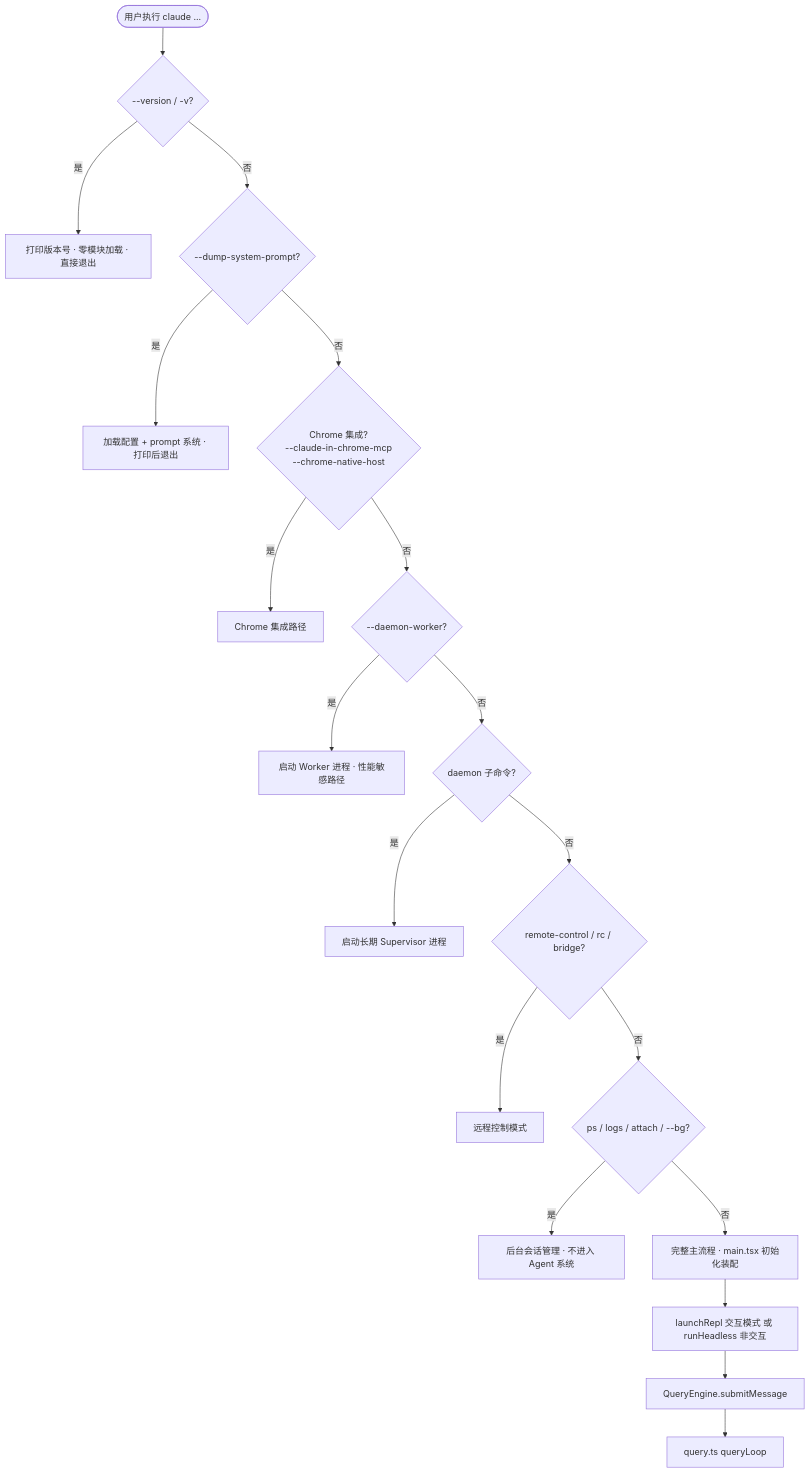
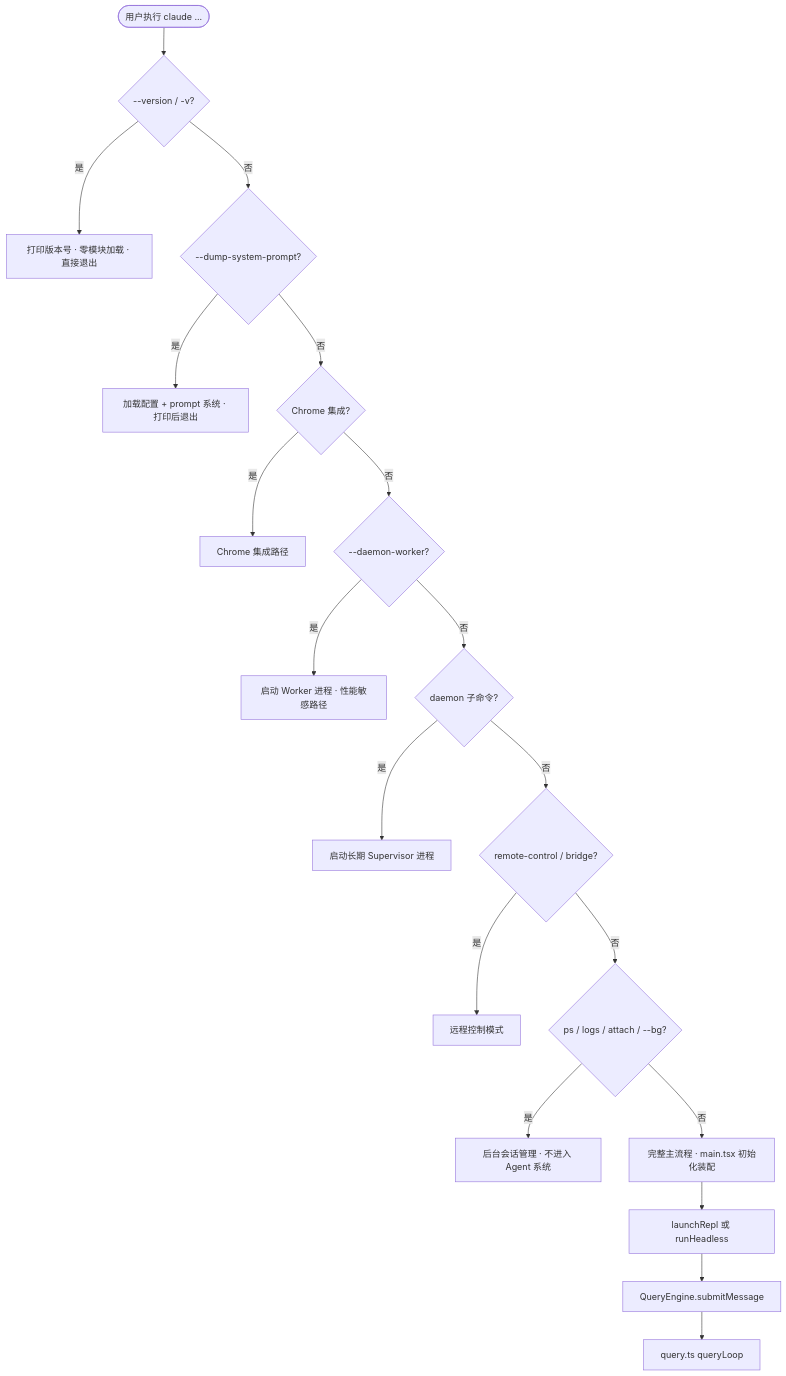
One commit to xuhengzhi75/claude-code-source changed the diagram in docs/book/chapters/ch03-从入口到执行.md. Above: the diagram before and after it, drawn with Mermaid. The commit also changed other lines of this file and 23 other files, not shown here.

````diff
--- a/docs/book/chapters/ch03-从入口到执行.md
+++ b/docs/book/chapters/ch03-从入口到执行.md
@@ -27,21 +25,21 @@
 ```mermaid
 flowchart TD
     A([用户执行 claude ...]) --> B{"--version / -v?"}
     B -->|是| C["打印版本号 · 零模块加载 · 直接退出"]
     B -->|否| D{"--dump-system-prompt?"}
     D -->|是| E["加载配置 + prompt 系统 · 打印后退出"]
-    D -->|否| F{"Chrome 集成?\n--claude-in-chrome-mcp\n--chrome-native-host"}
+    D -->|否| F{"Chrome 集成?"}
     F -->|是| G["Chrome 集成路径"]
     F -->|否| H{"--daemon-worker?"}
     H -->|是| I["启动 Worker 进程 · 性能敏感路径"]
     H -->|否| J{"daemon 子命令?"}
     J -->|是| K["启动长期 Supervisor 进程"]
-    J -->|否| L{"remote-control / rc / bridge?"}
+    J -->|否| L{"remote-control / bridge?"}
     L -->|是| M["远程控制模式"]
     L -->|否| N{"ps / logs / attach / --bg?"}
     N -->|是| O["后台会话管理 · 不进入 Agent 系统"]
     N -->|否| P["完整主流程 · main.tsx 初始化装配"]
-    P --> Q["launchRepl 交互模式 或 runHeadless 非交互"]
+    P --> Q["launchRepl 或 runHeadless"]
     Q --> R["QueryEngine.submitMessage"]
     R --> S["query.ts queryLoop"]
 ```
````
